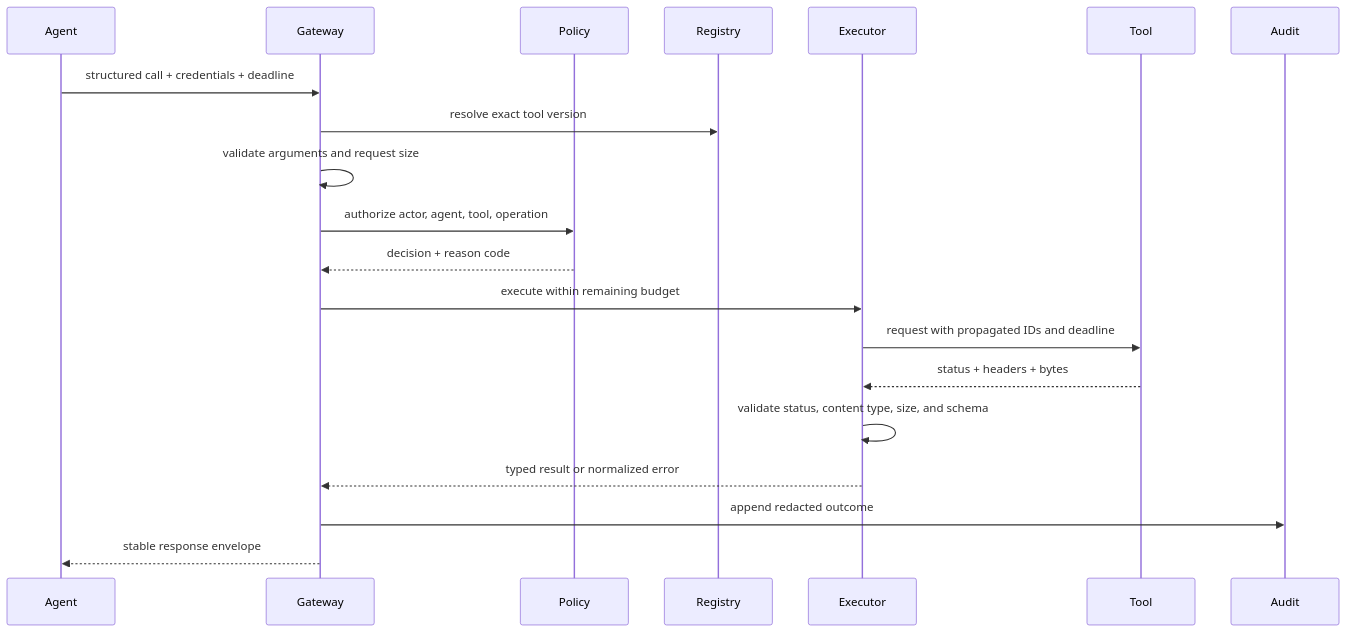
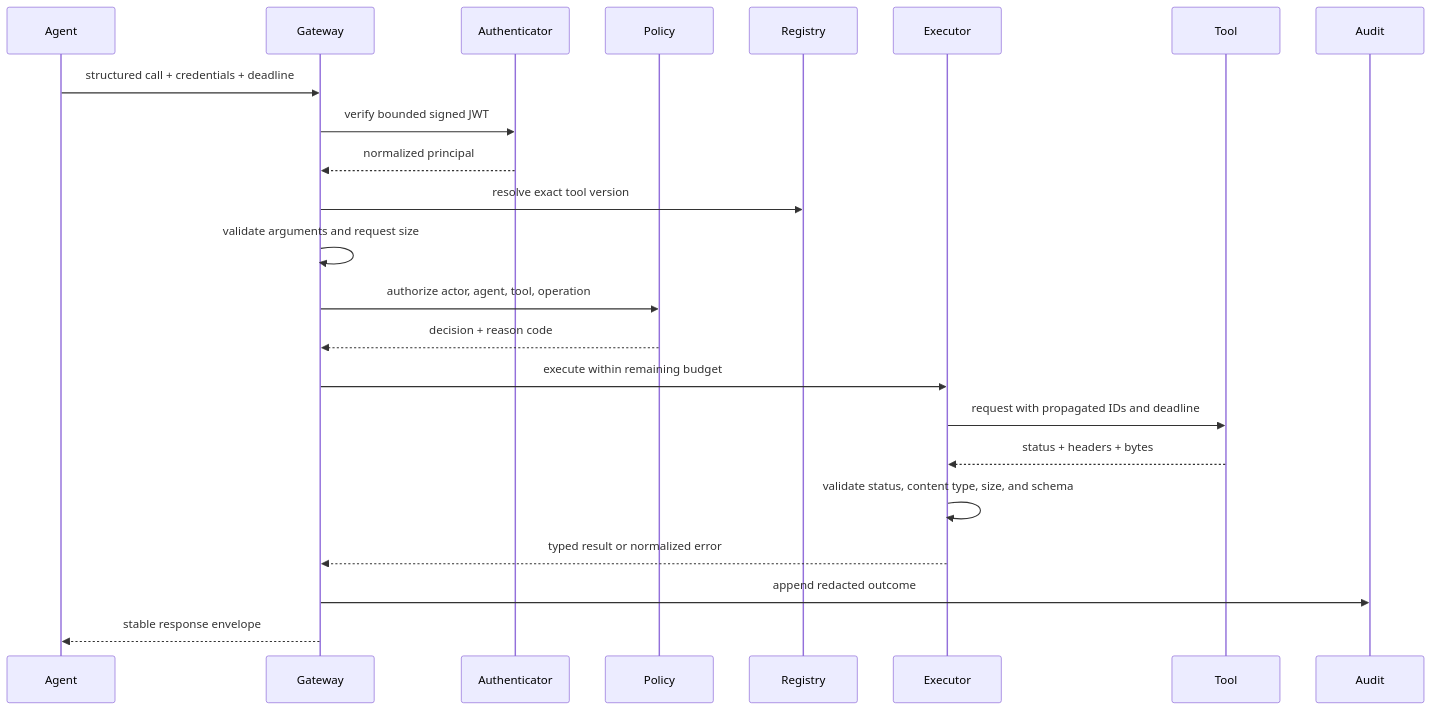
Before and after one commit to ernest-adjetey/SentinelMCP: the second of 2 diagrams in docs/ARCHITECTURE.md, drawn with Mermaid. The commit also changed other lines of this file and 9 other files, not shown here.

````diff
--- a/docs/ARCHITECTURE.md
+++ b/docs/ARCHITECTURE.md
@@ -175,23 +189,26 @@
 ```mermaid
 sequenceDiagram
     participant Agent
     participant Gateway
+    participant AuthN as Authenticator
     participant Policy
     participant Registry
     participant Executor
     participant Tool
     participant Audit
 
     Agent->>Gateway: structured call + credentials + deadline
+    Gateway->>AuthN: verify bounded signed JWT
+    AuthN-->>Gateway: normalized principal
     Gateway->>Registry: resolve exact tool version
     Gateway->>Gateway: validate arguments and request size
     Gateway->>Policy: authorize actor, agent, tool, operation
     Policy-->>Gateway: decision + reason code
     Gateway->>Executor: execute within remaining budget
     Executor->>Tool: request with propagated IDs and deadline
     Tool-->>Executor: status + headers + bytes
     Executor->>Executor: validate status, content type, size, and schema
     Executor-->>Gateway: typed result or normalized error
     Gateway->>Audit: append redacted outcome
     Gateway-->>Agent: stable response envelope
 ```
````
